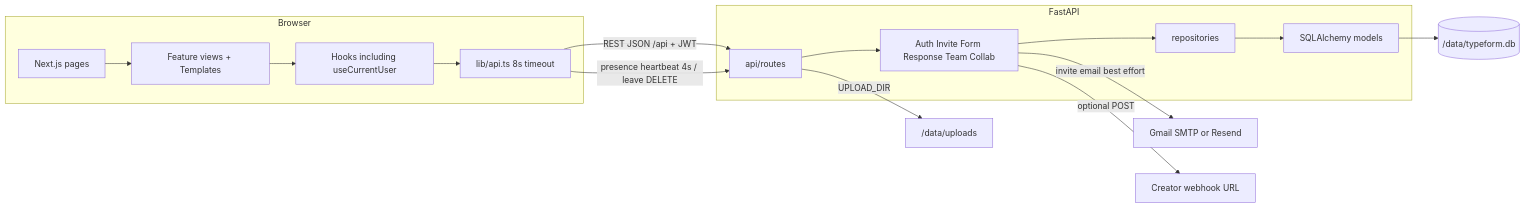
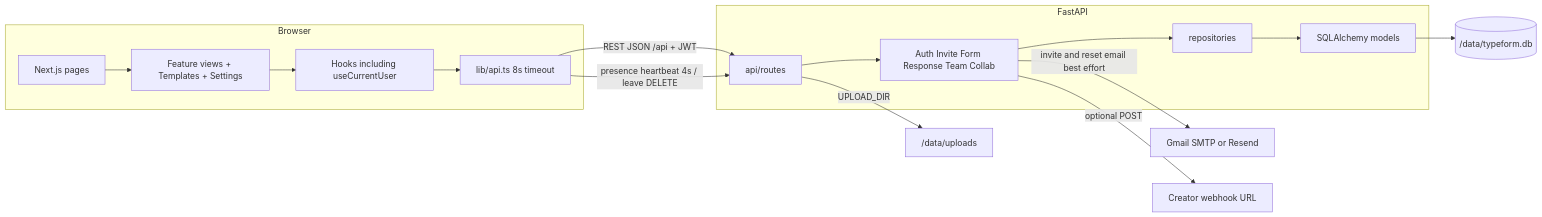
The first of 2 diagrams in docs/diagrams/component.md (ruthwikkakumani/formly), drawn with Mermaid before and after one commit. The commit also changed other lines of this file and 65 other files, not shown here.

````diff
--- a/docs/diagrams/component.md
+++ b/docs/diagrams/component.md
@@ -5,25 +5,25 @@
 ```mermaid
 flowchart LR
   subgraph Browser
     Pages[Next.js pages]
-    Views[Feature views + Templates]
+    Views[Feature views + Templates + Settings]
     Hooks[Hooks including useCurrentUser]
     Client["lib/api.ts 8s timeout"]
     Pages --> Views --> Hooks --> Client
   end
 
   subgraph FastAPI
     Routes[api/routes]
     Services[Auth Invite Form Response Team Collab]
     Repos[repositories]
     Models[SQLAlchemy models]
     Routes --> Services --> Repos --> Models
   end
 
   Client -->|REST JSON /api + JWT| Routes
   Client -->|presence heartbeat 4s / leave DELETE| Routes
   Models --> SQLite[("/data/typeform.db")]
-  Services -->|invite email best effort| SMTP[Gmail SMTP or Resend]
+  Services -->|invite and reset email best effort| SMTP[Gmail SMTP or Resend]
   Services -->|optional POST| Webhook[Creator webhook URL]
   Routes -->|UPLOAD_DIR| Disk["/data/uploads"]
 ```
````
